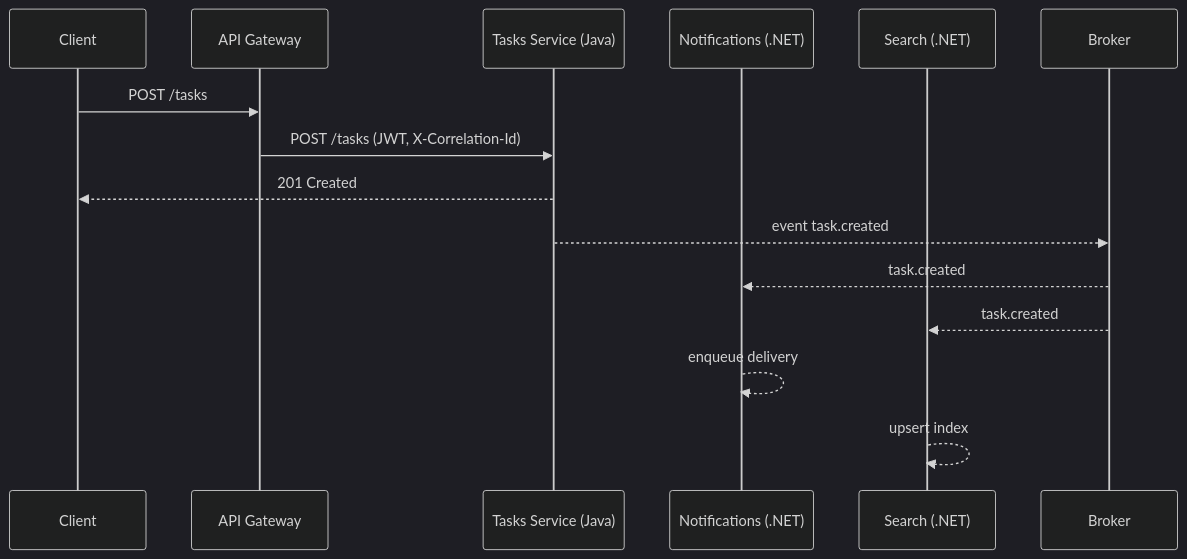
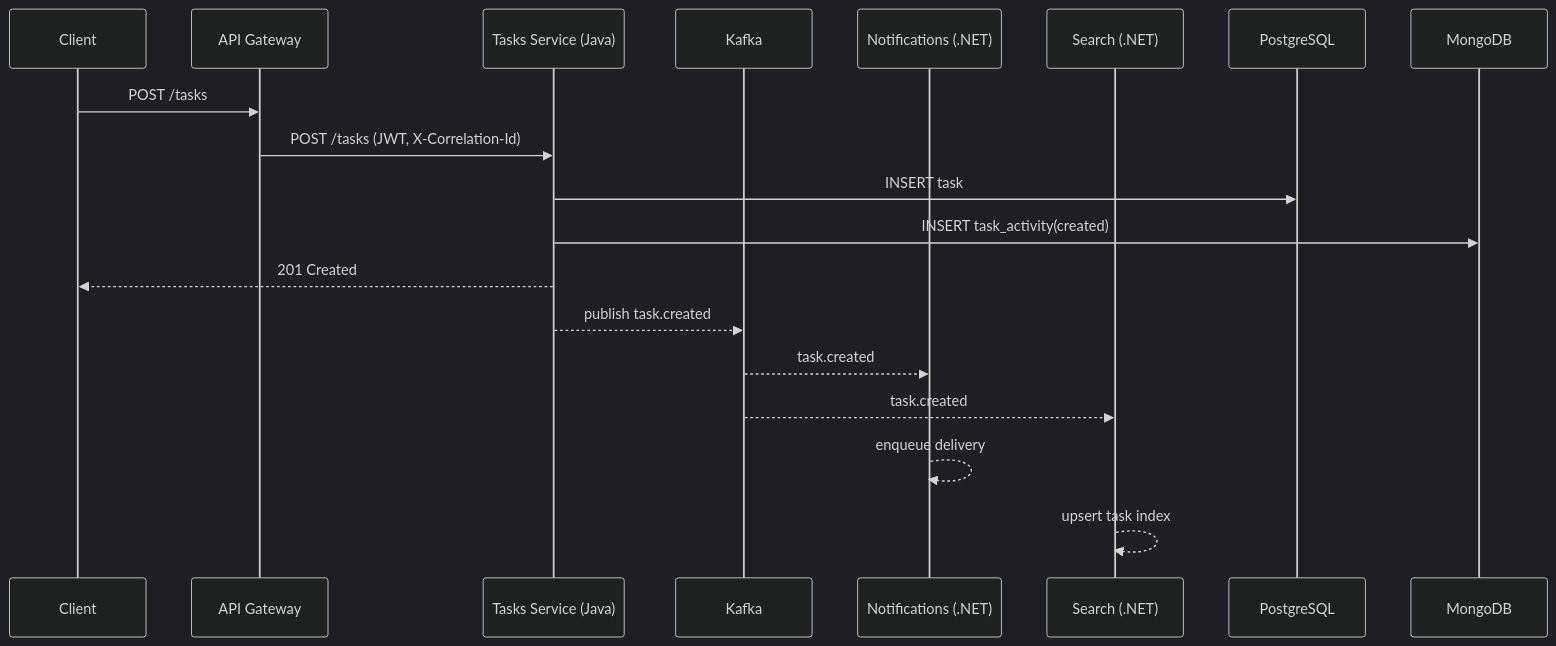
The third of 5 diagrams in docs/interservice-diagrams.md (maximfersko/TaskForge), drawn with Mermaid (dark theme) before and after one commit. The commit also changed other lines of this file, not shown here.

Commit message:
refactoring main service diagram

````diff
--- a/docs/interservice-diagrams.md
+++ b/docs/interservice-diagrams.md
@@ -27,18 +176,22 @@
 ```mermaid
 sequenceDiagram
   participant C as Client
   participant GW as API Gateway
   participant T as Tasks Service (Java)
+  participant B as Kafka
   participant N as Notifications (.NET)
   participant S as Search (.NET)
-  participant B as Broker
+  participant PG as PostgreSQL
+  participant MG as MongoDB
 
   C->>GW: POST /tasks
   GW->>T: POST /tasks (JWT, X-Correlation-Id)
+  T->>PG: INSERT task
+  T->>MG: INSERT task_activity(created)
   T-->>C: 201 Created
-  T-->>B: event task.created
+  T-->>B: publish task.created
   B-->>N: task.created
   B-->>S: task.created
   N-->>N: enqueue delivery
-  S-->>S: upsert index
+  S-->>S: upsert task index
 ```
````
